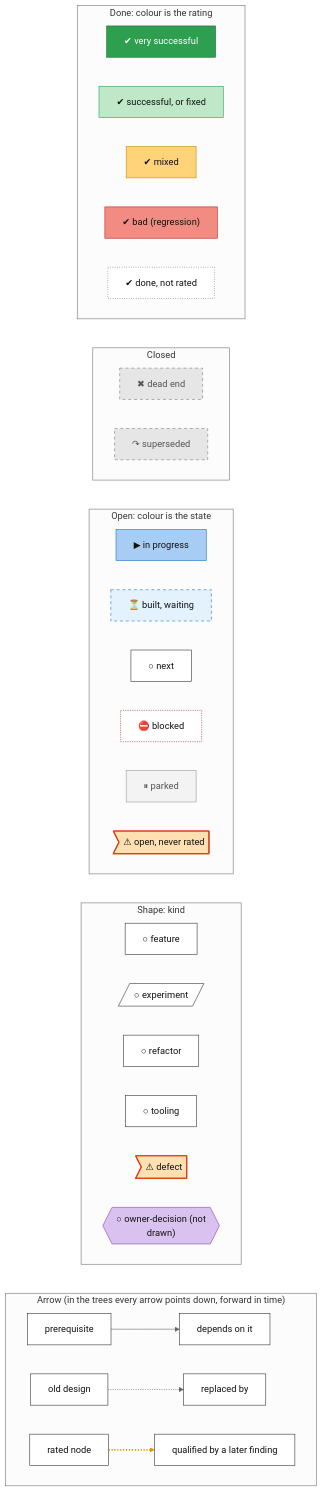
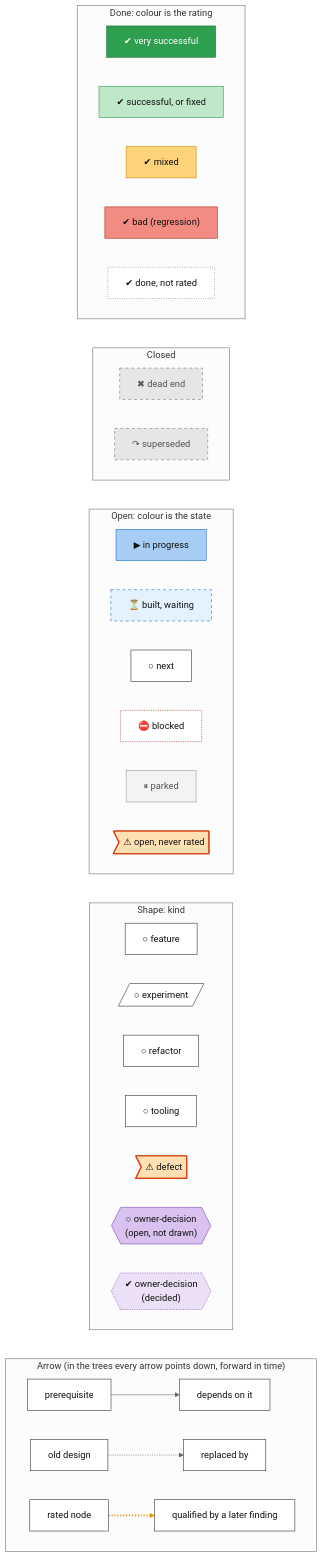
The first of 2 diagrams in skills/tech-tree/scripts/tests/clean/roadmap.md (lhns/design-skills), drawn with Mermaid (neutral theme) before and after one commit. The commit also changed other lines of this file and 19 other files, not shown here.

First line of the commit message:
tech-tree: overview chosen by review, layout config, decided owner calls in the overview, readable titles

````diff
--- a/skills/tech-tree/scripts/tests/clean/roadmap.md
+++ b/skills/tech-tree/scripts/tests/clean/roadmap.md
@@ -8,75 +8,78 @@
 ```mermaid
 flowchart TB
     %% legend
     subgraph lg_g0["Done: colour is the rating"]
         direction LR
         lg_s0["✔ very successful"]
         lg_s1["✔ successful, or fixed"]
         lg_s2["✔ mixed"]
         lg_s3["✔ bad (regression)"]
         lg_s4["✔ done, not rated"]
     end
     subgraph lg_g1["Closed"]
         direction LR
         lg_s5["✖ dead end"]
         lg_s6["↷ superseded"]
     end
     subgraph lg_g2["Open: colour is the state"]
         direction LR
         lg_s7["▶ in progress"]
         lg_s8["⏳ built, waiting"]
         lg_s9["○ next"]
         lg_s10["⛔ blocked"]
         lg_s11["⏸ parked"]
         lg_s12>"⚠ open, never rated"]
     end
     subgraph lg_shape["Shape: kind"]
         direction LR
         lg_k0["○ feature"]
         lg_k1[/"○ experiment"/]
         lg_k2["○ refactor"]
         lg_k3["○ tooling"]
         lg_k4>"⚠ defect"]
-        lg_k5{{"○ owner-decision (not<br/>drawn)"}}
+        lg_k5{{"○ owner-decision<br/>(open, not drawn)"}}
+        lg_k6{{"✔ owner-decision<br/>(decided)"}}
     end
     subgraph lg_edge["Arrow (in the trees every arrow points down, forward in time)"]
         direction LR
         lg_e0a["prerequisite"]
         lg_e0b["depends on it"]
         lg_e1a["old design"]
         lg_e1b["replaced by"]
         lg_e2a["rated node"]
         lg_e2b["qualified by a later finding"]
     end
     lg_g0 ~~~ lg_g1 ~~~ lg_g2 ~~~ lg_shape ~~~ lg_edge
     lg_e0a --> lg_e0b
     lg_e1a -.-> lg_e1b
     lg_e2a -.-> lg_e2b
     linkStyle 6 stroke:#e69500,stroke-width:3px,stroke-dasharray:2 3
     classDef vsucc fill:#2e9e4f,stroke:#1b6b34,color:#fff
     classDef succ fill:#bfe8c8,stroke:#2e9e4f,color:#111
     classDef mixed fill:#ffd37a,stroke:#c98a00,color:#111
     classDef bad fill:#f28b82,stroke:#b3261e,color:#111
     classDef dead fill:#e6e6e6,stroke:#777,stroke-dasharray:5 5,color:#555
     classDef inprog fill:#a8cdf5,stroke:#1f6fc5,color:#111
     classDef next fill:#fff,stroke:#333,color:#111
     classDef blocked fill:#fff,stroke:#b3261e,stroke-dasharray:2 2,color:#111
     classDef parked fill:#f3f3f3,stroke:#999,color:#555
     classDef unrated fill:#fff,stroke:#333,stroke-dasharray:1 3,color:#111
     classDef gate fill:#d9c2f0,stroke:#7b3fb5,color:#111
+    classDef decided fill:#ece0f7,stroke:#7b3fb5,stroke-dasharray:2 2,color:#111
     classDef finding fill:#ffe0b2,stroke:#d84315,stroke-width:2px,color:#111
     classDef waiting fill:#e3f2fd,stroke:#1f6fc5,stroke-dasharray:5 5,color:#111
     class lg_s0 vsucc
     class lg_s1 succ
     class lg_s2 mixed
     class lg_s3 bad
     class lg_s4 unrated
     class lg_s5,lg_s6 dead
     class lg_s7 inprog
     class lg_s8 waiting
     class lg_s9,lg_k0,lg_k1,lg_k2,lg_k3,lg_e0a,lg_e0b,lg_e1a,lg_e1b,lg_e2a,lg_e2b next
     class lg_s10 blocked
     class lg_s11 parked
     class lg_s12,lg_k4 finding
     class lg_k5 gate
+    class lg_k6 decided
 ```
````
